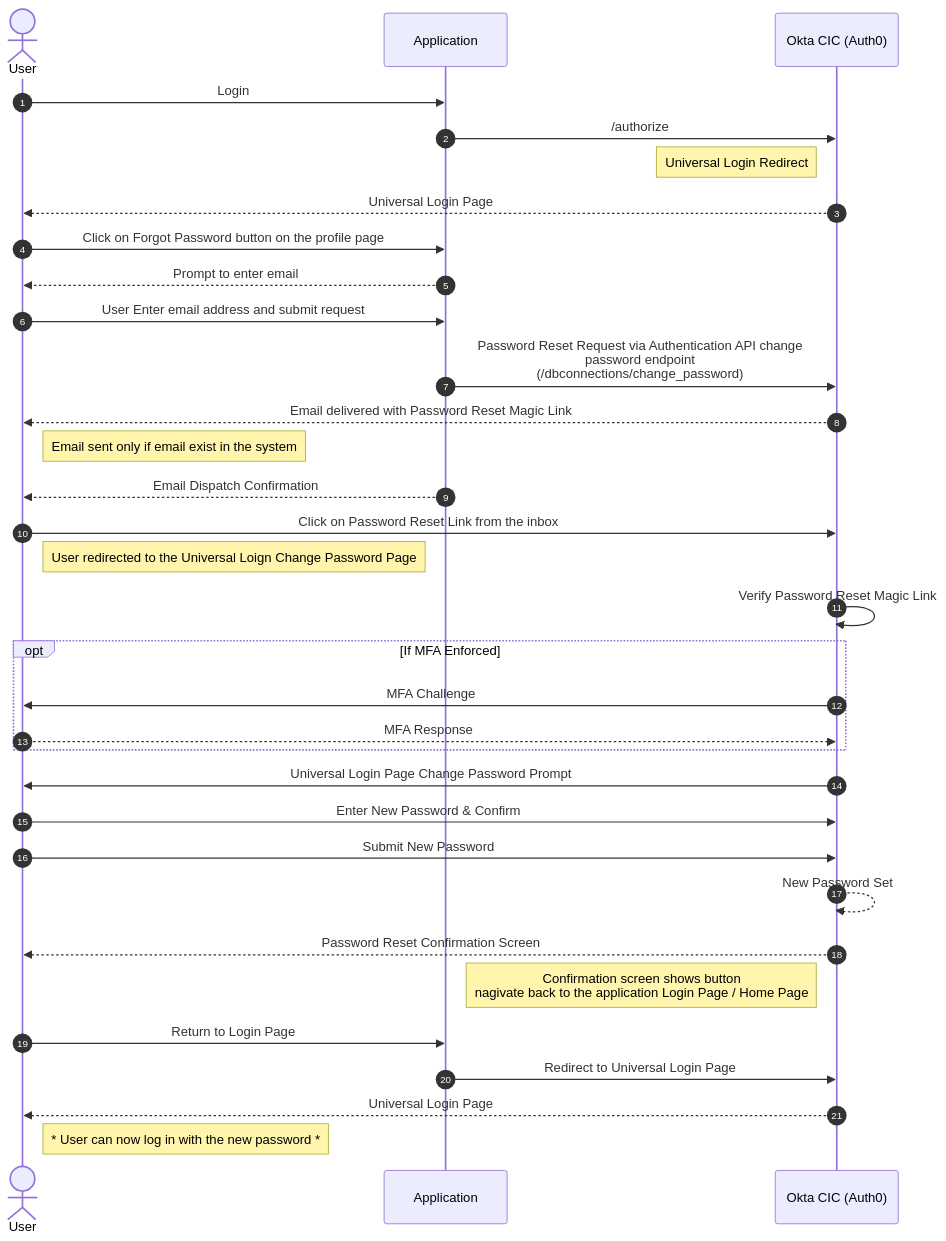
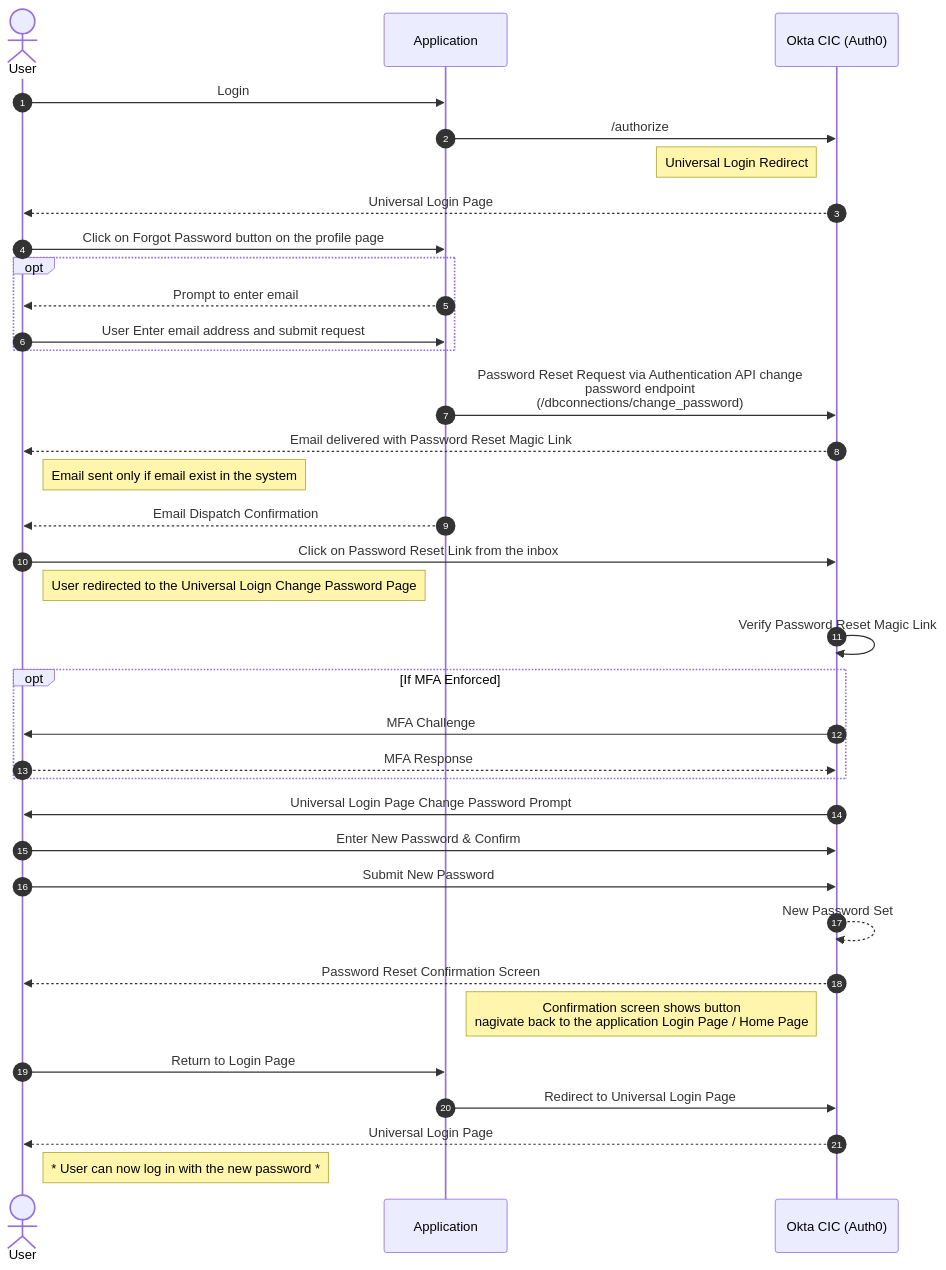
Before and after one commit to Tanver-Hasan/oauth2.0-flows-: the second of 4 diagrams in Password Reset /password_reset_options.md, drawn with Mermaid. The commit also changed other lines of this file, not shown here.

````diff
--- a/Password Reset /password_reset_options.md
+++ b/Password Reset /password_reset_options.md
@@ -57,49 +86,51 @@
 ```mermaid
 sequenceDiagram
     actor User 
     participant App as Application 
     participant Tenant as Okta CIC (Auth0)
     autonumber
     %% section [A] User Initiates Login
     User->>App:  Login 
     App->>Tenant:  /authorize
     note left of Tenant :  Universal Login Redirect
     Tenant-->>User:  Universal Login Page
     %% end
 
     %% section [B] User Initiates Password Reset
     User->>App: Click on Forgot Password button on the profile page
+    opt
     App-->>User: Prompt to enter email 
-    User->>App:  User Enter email address and submit request 
+    User->>App:  User Enter email address and submit request
+    end
     App->>Tenant: Password Reset Request via Authentication API change <br>password endpoint <br> (/dbconnections/change_password)
     Tenant-->>User: Email delivered with Password Reset Magic Link
     note  right of User: Email sent only if email exist in the system
     App-->>User:  Email Dispatch Confirmation
     %% end
 
     %% section [C] User Performs Password Reset
     User->> Tenant:  Click on Password Reset Link from the inbox
     note right of User: User redirected to the Universal Loign Change Password Page
     Tenant->>Tenant:  Verify Password Reset Magic Link
     
     opt If MFA Enforced
     Tenant->>User :  MFA Challenge
     User -->> Tenant:  MFA Response
     end
 
     Tenant->>User:  Universal Login Page Change Password Prompt
     User->> Tenant : Enter New Password & Confirm
     User->>Tenant:  Submit New Password
     Tenant-->>Tenant:  New Password Set
     Tenant -->> User : Password Reset Confirmation Screen 
     note left of Tenant : Confirmation screen shows button <br> nagivate back to the application Login Page / Home Page
     %% end
 
     %% section [D] User Navigates to Universal Login Page
     User->>App:  Return to Login Page
     App->>Tenant:  Redirect to Universal Login Page
     Tenant-->>User : Universal Login Page
 
     note right of User: * User can now log in with the new password *
     %% end
 ```
````
